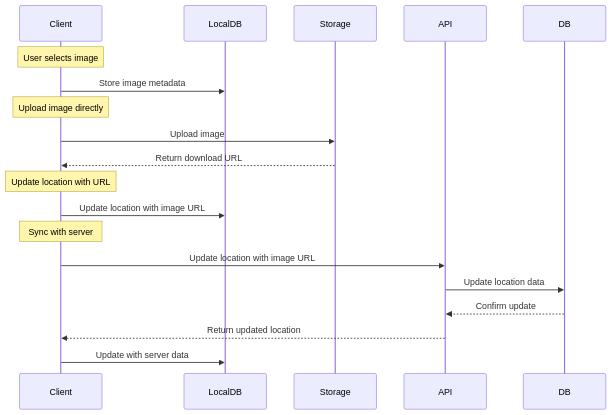
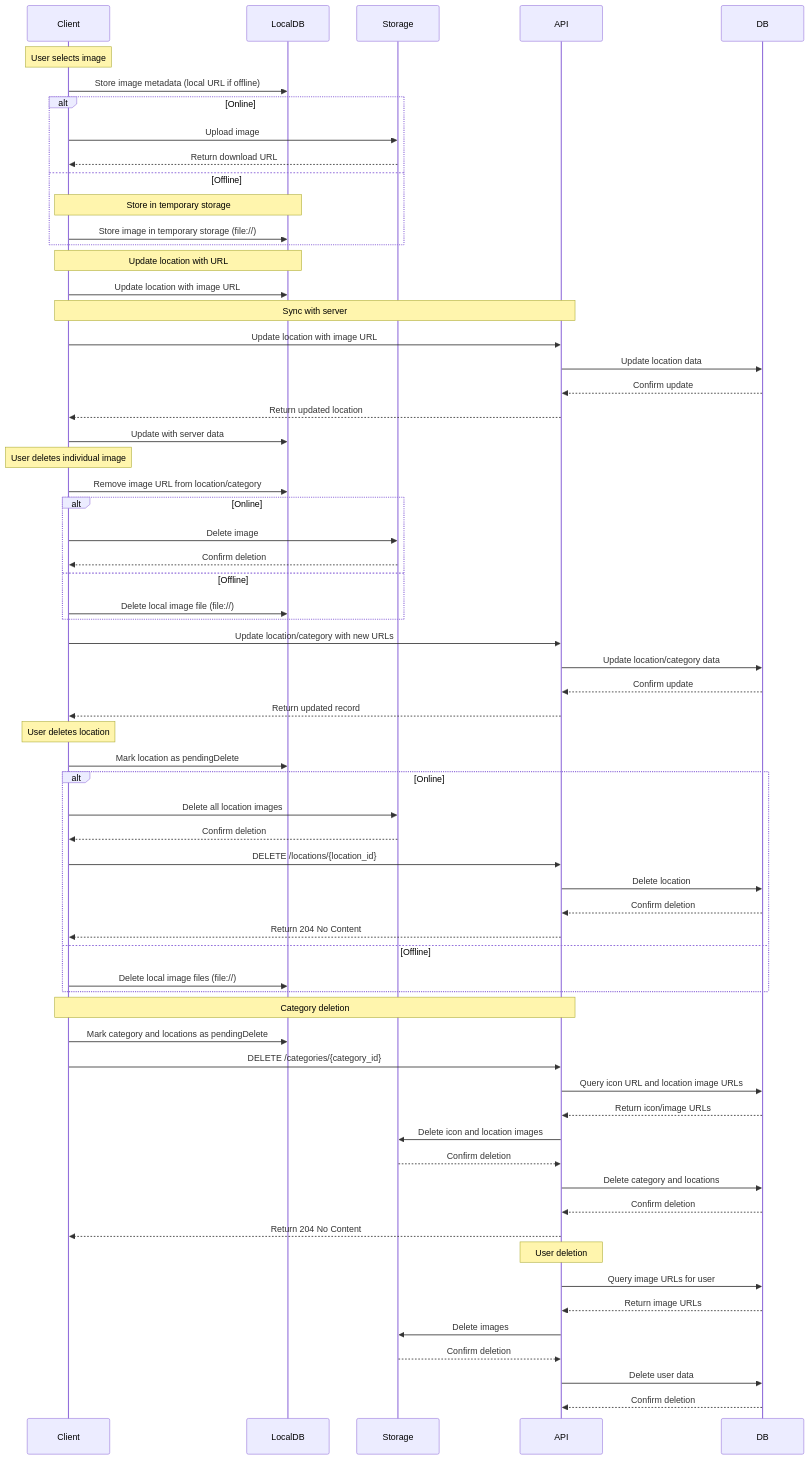
The fourth of 5 diagrams in docs/Locify_System_Architecture.md (lhhiep2204/Locify), drawn with Mermaid before and after one commit. The commit also changed other lines of this file and 5 other files, not shown here.

Commit message:
Update documentation for clarity and optimized data flow notes

````diff
--- a/docs/Locify_System_Architecture.md
+++ b/docs/Locify_System_Architecture.md
@@ -212,22 +173,67 @@
 ```mermaid
 sequenceDiagram
     participant Client
     participant LocalDB
     participant Storage
     participant API
     participant DB
 
     Note over Client: User selects image
-    Client->>LocalDB: Store image metadata
-    Note over Client: Upload image directly
-    Client->>Storage: Upload image
-    Storage-->>Client: Return download URL
-    Note over Client: Update location with URL
+    Client->>LocalDB: Store image metadata (local URL if offline)
+    alt Online
+        Client->>Storage: Upload image
+        Storage-->>Client: Return download URL
+    else Offline
+        Note over Client,LocalDB: Store in temporary storage
+        Client->>LocalDB: Store image in temporary storage (file://)
+    end
+    Note over Client,LocalDB: Update location with URL
     Client->>LocalDB: Update location with image URL
-    Note over Client: Sync with server
+    Note over Client,API: Sync with server
     Client->>API: Update location with image URL
     API->>DB: Update location data
     DB-->>API: Confirm update
     API-->>Client: Return updated location
     Client->>LocalDB: Update with server data
+    Note over Client: User deletes individual image
+    Client->>LocalDB: Remove image URL from location/category
+    alt Online
+        Client->>Storage: Delete image
+        Storage-->>Client: Confirm deletion
+    else Offline
+        Client->>LocalDB: Delete local image file (file://)
+    end
+    Client->>API: Update location/category with new URLs
+    API->>DB: Update location/category data
+    DB-->>API: Confirm update
+    API-->>Client: Return updated record
+    Note over Client: User deletes location
+    Client->>LocalDB: Mark location as pendingDelete
+    alt Online
+        Client->>Storage: Delete all location images
+        Storage-->>Client: Confirm deletion
+        Client->>API: DELETE /locations/{location_id}
+        API->>DB: Delete location
+        DB-->>API: Confirm deletion
+        API-->>Client: Return 204 No Content
+    else Offline
+        Client->>LocalDB: Delete local image files (file://)
+    end
+    Note over Client,API: Category deletion
+    Client->>LocalDB: Mark category and locations as pendingDelete
+    Client->>API: DELETE /categories/{category_id}
+    API->>DB: Query icon URL and location image URLs
+    DB-->>API: Return icon/image URLs
+    API->>Storage: Delete icon and location images
+    Storage-->>API: Confirm deletion
+    API->>DB: Delete category and locations
+    DB-->>API: Confirm deletion
+    API-->>Client: Return 204 No Content
+    Note over API: User deletion
+    API->>DB: Query image URLs for user
+    DB-->>API: Return image URLs
+    API->>Storage: Delete images
+    Storage-->>API: Confirm deletion
+    API->>DB: Delete user data
+    DB-->>API: Confirm deletion
 ```
````
